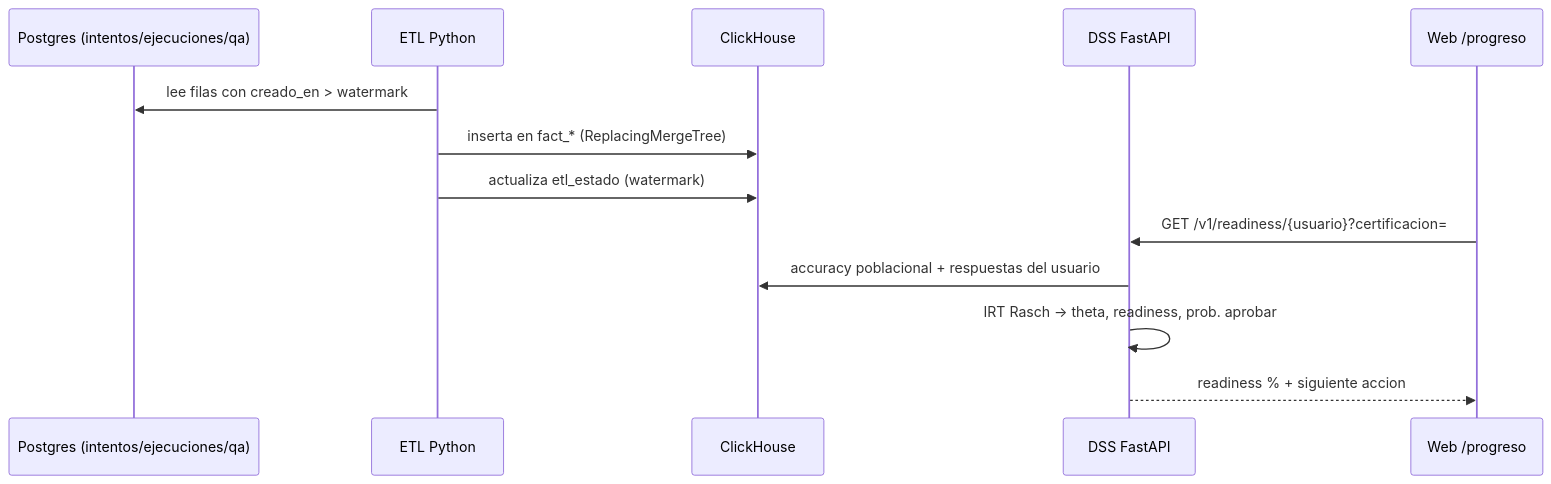
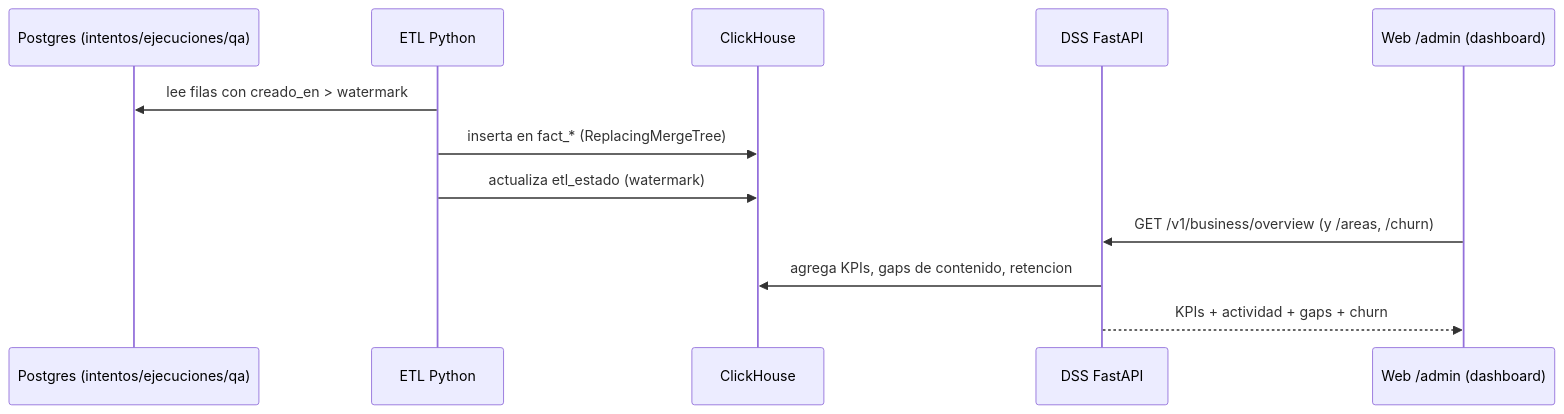
Before and after one commit to Diegomed11/CertReady: diagram 12 of 12 in README.md, drawn with Mermaid. The commit also changed other lines of this file and 11 other files, not shown here.

Commit message:
feat: plano operativo (web/movil a Go) + DSS de negocio (overview/areas/churn) + dashboard admin + docs

````diff
--- a/README.md
+++ b/README.md
@@ -645,16 +685,15 @@
 ```mermaid
 sequenceDiagram
   participant PG as Postgres (intentos/ejecuciones/qa)
   participant ETL as ETL Python
   participant CH as ClickHouse
   participant DSS as DSS FastAPI
-  participant W as Web /progreso
+  participant W as Web /admin (dashboard)
 
   ETL->>PG: lee filas con creado_en > watermark
   ETL->>CH: inserta en fact_* (ReplacingMergeTree)
   ETL->>CH: actualiza etl_estado (watermark)
-  W->>DSS: GET /v1/readiness/{usuario}?certificacion=
-  DSS->>CH: accuracy poblacional + respuestas del usuario
-  DSS->>DSS: IRT Rasch -> theta, readiness, prob. aprobar
-  DSS-->>W: readiness % + siguiente accion
+  W->>DSS: GET /v1/business/overview (y /areas, /churn)
+  DSS->>CH: agrega KPIs, gaps de contenido, retencion
+  DSS-->>W: KPIs + actividad + gaps + churn
 ```
````
